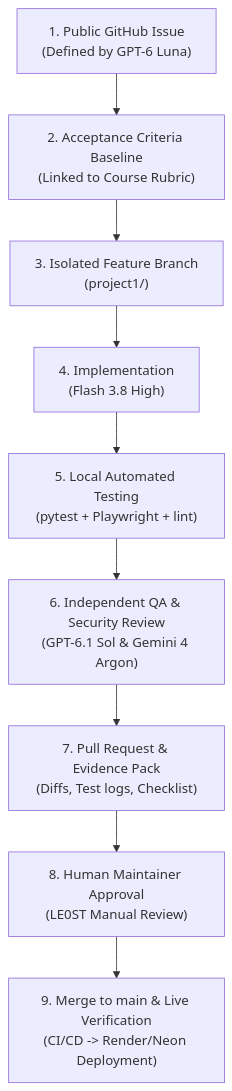
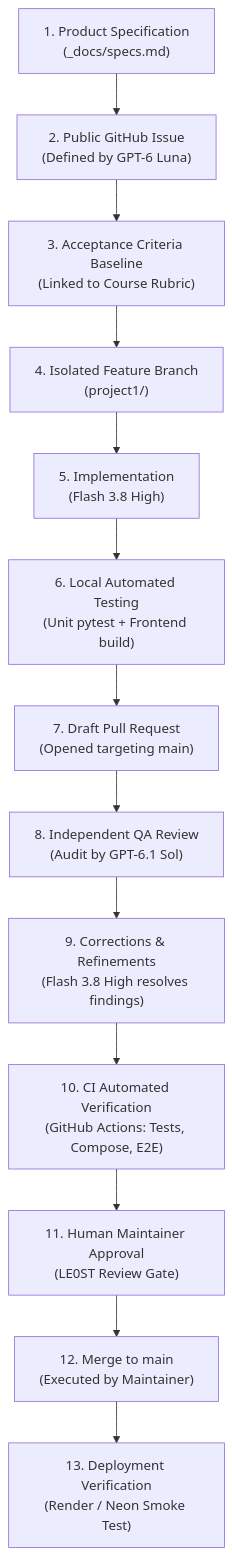
The diagram in docs/process.md (LE0ST/tasklane), drawn with Mermaid before and after one commit. The commit also changed other lines of this file and 5 other files, not shown here.

Commit message:
fix(docs): resolve independent QA audit findings for Issue #1 (#6)

````diff
--- a/docs/process.md
+++ b/docs/process.md
@@ -11,11 +11,15 @@
 ```mermaid
 flowchart TD
-    S1["1. Public GitHub Issue<br/>(Defined by GPT-6 Luna)"] --> S2["2. Acceptance Criteria Baseline<br/>(Linked to Course Rubric)"]
-    S2 --> S3["3. Isolated Feature Branch<br/>(project1/<feature-name>)"]
-    S3 --> S4["4. Implementation<br/>(Flash 3.8 High)"]
-    S4 --> S5["5. Local Automated Testing<br/>(pytest + Playwright + lint)"]
-    S5 --> S6["6. Independent QA & Security Review<br/>(GPT-6.1 Sol & Gemini 4 Argon)"]
-    S6 --> S7["7. Pull Request & Evidence Pack<br/>(Diffs, Test logs, Checklist)"]
-    S7 --> S8["8. Human Maintainer Approval<br/>(LE0ST Manual Review)"]
-    S8 --> S9["9. Merge to main & Live Verification<br/>(CI/CD -> Render/Neon Deployment)"]
+    S1["1. Product Specification<br/>(_docs/specs.md)"] --> S2["2. Public GitHub Issue<br/>(Defined by GPT-6 Luna)"]
+    S2 --> S3["3. Acceptance Criteria Baseline<br/>(Linked to Course Rubric)"]
+    S3 --> S4["4. Isolated Feature Branch<br/>(project1/<feature-name>)"]
+    S4 --> S5["5. Implementation<br/>(Flash 3.8 High)"]
+    S5 --> S6["6. Local Automated Testing<br/>(Unit pytest + Frontend build)"]
+    S6 --> S7["7. Draft Pull Request<br/>(Opened targeting main)"]
+    S7 --> S8["8. Independent QA Review<br/>(Audit by GPT-6.1 Sol)"]
+    S8 --> S9["9. Corrections & Refinements<br/>(Flash 3.8 High resolves findings)"]
+    S9 --> S10["10. CI Automated Verification<br/>(GitHub Actions: Tests, Compose, E2E)"]
+    S10 --> S11["11. Human Maintainer Approval<br/>(LE0ST Review Gate)"]
+    S11 --> S12["12. Merge to main<br/>(Executed by Maintainer)"]
+    S12 --> S13["13. Deployment Verification<br/>(Render / Neon Smoke Test)"]
 ```
````
